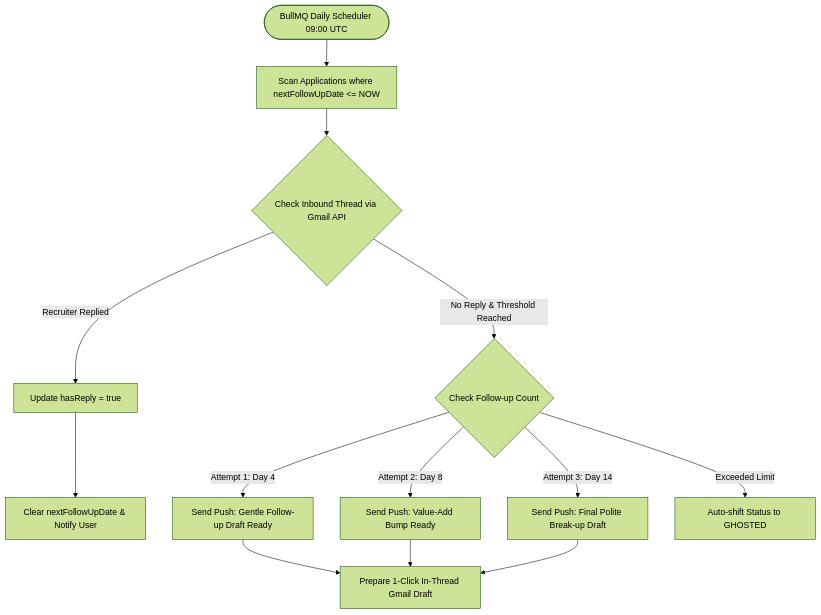
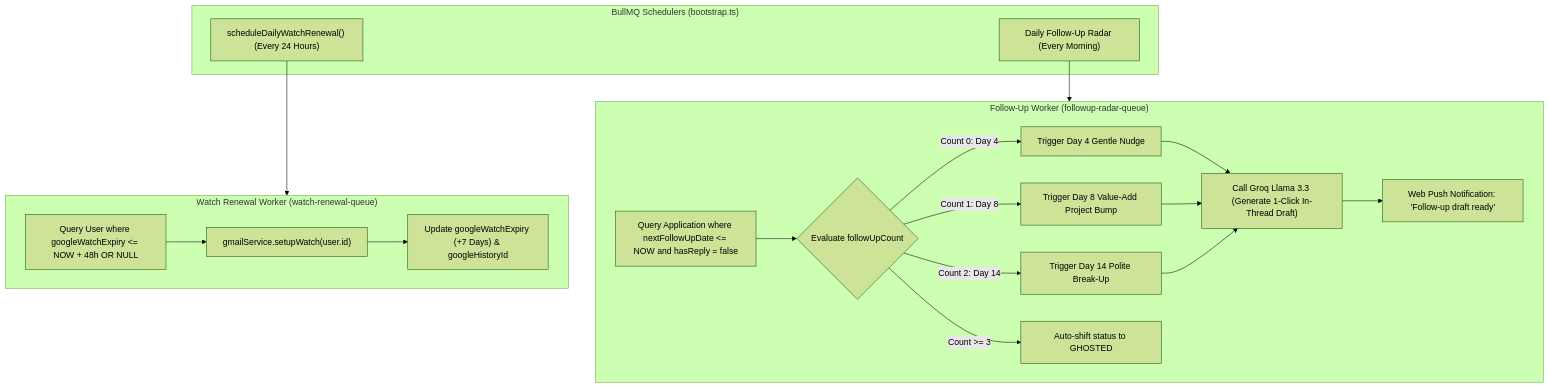
Before and after one commit to LalitWagh34/ApplyTrack: the sixth of 7 diagrams in ARCHITECTURE.md, drawn with Mermaid (forest theme). The commit also changed other lines of this file and 1 other file, not shown here.

Commit message:
docs: modernize README and ARCHITECTURE with Phase 2 specs and PubSub route

````diff
--- a/ARCHITECTURE.md
+++ b/ARCHITECTURE.md
@@ -207,18 +274,30 @@
 ```mermaid
 flowchart TD
-    StartCron([BullMQ Daily Scheduler 09:00 UTC]) --> QueryPending[Scan Applications where nextFollowUpDate <= NOW]
-    QueryPending --> CheckReplies{Check Inbound Thread via Gmail API}
+    subgraph Schedulers["BullMQ Schedulers (bootstrap.ts)"]
+        DailyRenewalCron["scheduleDailyWatchRenewal() (Every 24 Hours)"]
+        FollowUpCron["Daily Follow-Up Radar (Every Morning)"]
+    end
 
-    CheckReplies -->|Recruiter Replied| MarkReplied[Update hasReply = true]
-    MarkReplied --> CancelFollowUp[Clear nextFollowUpDate & Notify User]
+    subgraph WatchRenewalWorker["Watch Renewal Worker (watch-renewal-queue)"]
+        ScanExpiring["Query User where googleWatchExpiry <= NOW + 48h OR NULL"]
+        ScanExpiring --> CallWatch["gmailService.setupWatch(user.id)"]
+        CallWatch --> UpdateExpiry["Update googleWatchExpiry (+7 Days) & googleHistoryId"]
+    end
 
-    CheckReplies -->|No Reply & Threshold Reached| CheckCadence{Check Follow-up Count}
-    CheckCadence -->|Attempt 1: Day 4| TriggerNudge[Send Push: Gentle Follow-up Draft Ready]
-    CheckCadence -->|Attempt 2: Day 8| TriggerBump[Send Push: Value-Add Bump Ready]
-    CheckCadence -->|Attempt 3: Day 14| TriggerBreakup[Send Push: Final Polite Break-up Draft]
-    CheckCadence -->|Exceeded Limit| MarkGhosted[Auto-shift Status to GHOSTED]
+    subgraph FollowUpWorker["Follow-Up Worker (followup-radar-queue)"]
+        ScanPending["Query Application where nextFollowUpDate <= NOW and hasReply = false"]
+        ScanPending --> CheckCadence{"Evaluate followUpCount"}
+        CheckCadence -->|Count 0: Day 4| Cadence1["Trigger Day 4 Gentle Nudge"]
+        CheckCadence -->|Count 1: Day 8| Cadence2["Trigger Day 8 Value-Add Project Bump"]
+        CheckCadence -->|Count 2: Day 14| Cadence3["Trigger Day 14 Polite Break-Up"]
+        CheckCadence -->|Count >= 3| AutoGhost["Auto-shift status to GHOSTED"]
+        
+        Cadence1 --> GroqDraft["Call Groq Llama 3.3 (Generate 1-Click In-Thread Draft)"]
+        Cadence2 --> GroqDraft
+        Cadence3 --> GroqDraft
+        GroqDraft --> SendPush["Web Push Notification: 'Follow-up draft ready'"]
+    end
 
-    TriggerNudge --> GenerateDraft[Prepare 1-Click In-Thread Gmail Draft]
-    TriggerBump --> GenerateDraft
-    TriggerBreakup --> GenerateDraft
+    DailyRenewalCron --> WatchRenewalWorker
+    FollowUpCron --> FollowUpWorker
 ```
````
